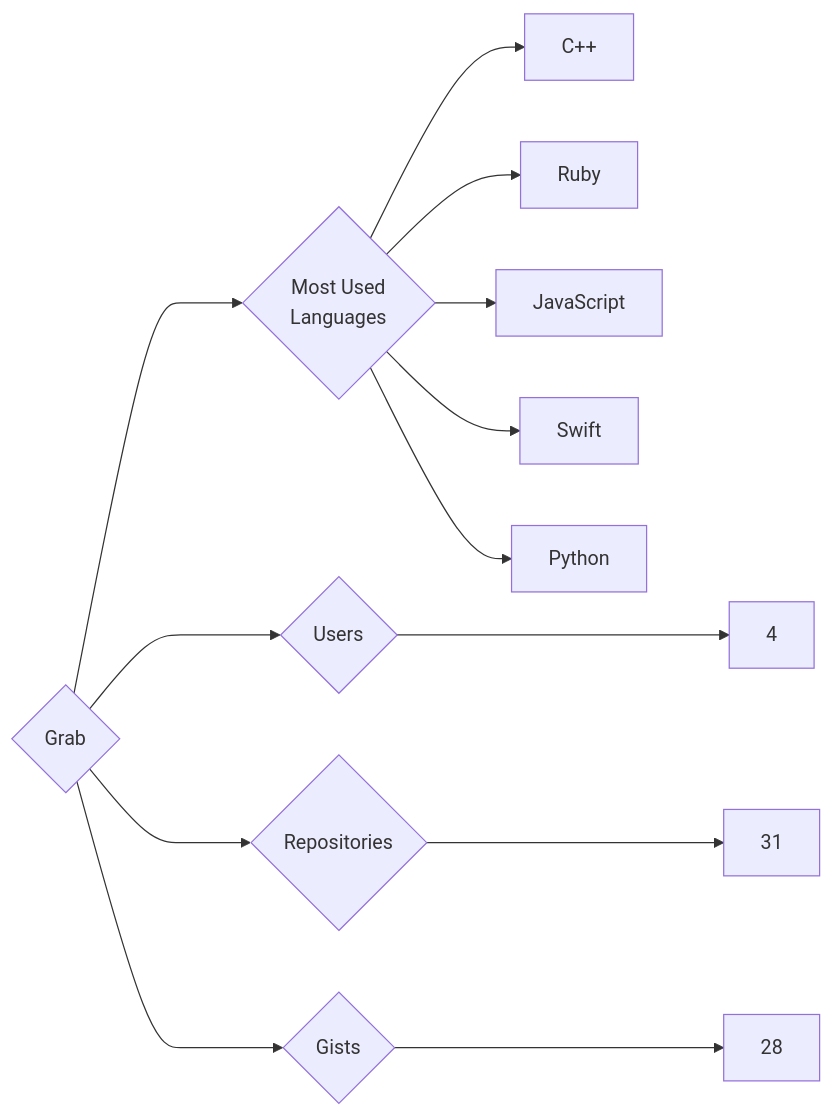
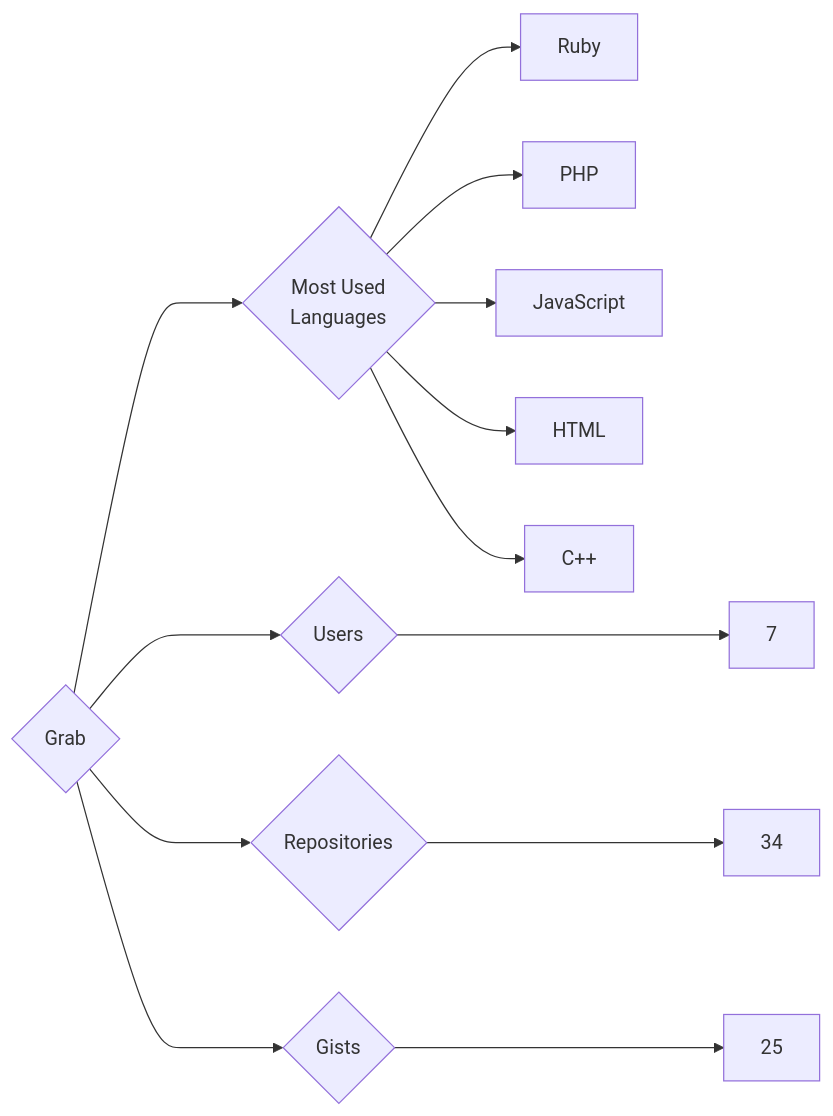
Before and after one commit to trickest/insiders: the diagram in targets/Grab/README.md, drawn with Mermaid. The commit also changed 786 other files, not shown here.

````diff
--- a/targets/Grab/README.md
+++ b/targets/Grab/README.md
@@ -3,13 +3,13 @@
 ```mermaid
 graph LR
 COMPANY_NAME{Grab}
-COMPANY_NAME ---> U{Users} ---> UN[4]
-COMPANY_NAME ---> R{Repositories} ---> RN[31]
-COMPANY_NAME ---> G{Gists} ---> GN[28]
+COMPANY_NAME ---> U{Users} ---> UN[7]
+COMPANY_NAME ---> R{Repositories} ---> RN[34]
+COMPANY_NAME ---> G{Gists} ---> GN[25]
 COMPANY_NAME ---> ML{Most Used<br>Languages}
+ML --> Ruby[Ruby]
+ML --> PHP[PHP]
+ML --> JavaScript[JavaScript]
+ML --> HTML[HTML]
 ML --> C++[C++]
-ML --> Ruby[Ruby]
-ML --> JavaScript[JavaScript]
-ML --> Swift[Swift]
-ML --> Python[Python]
 ```
````
